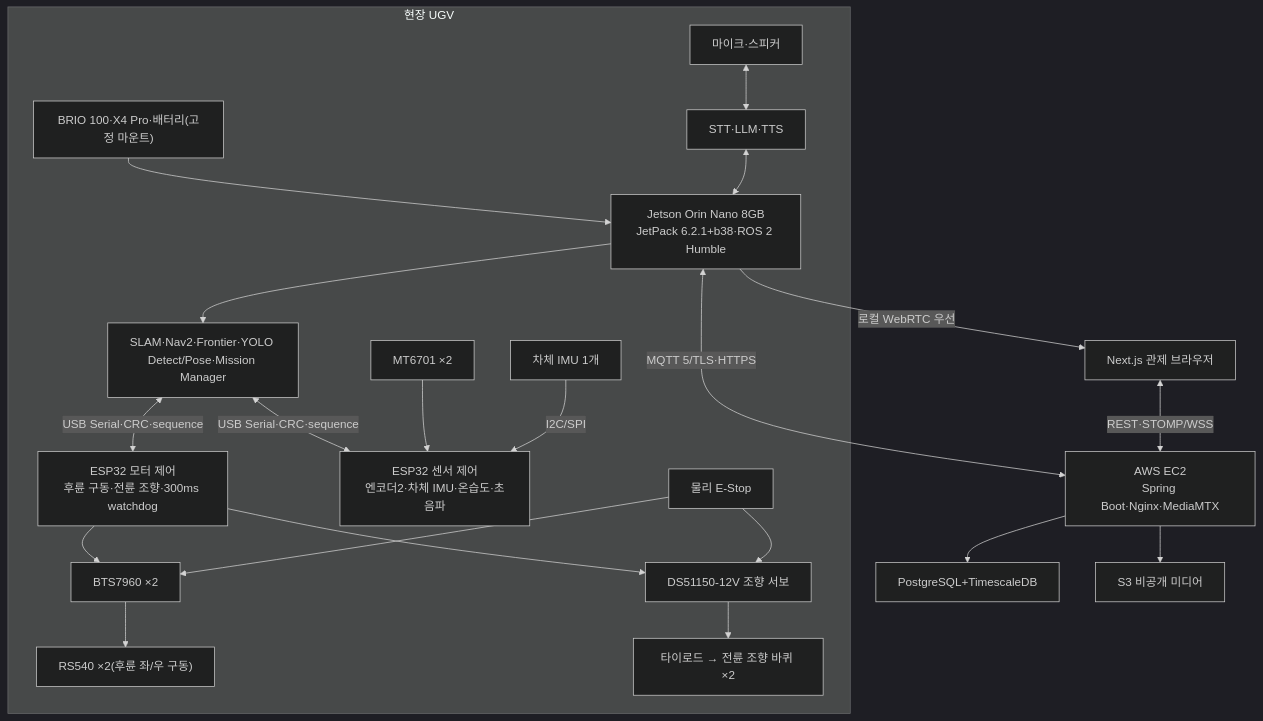
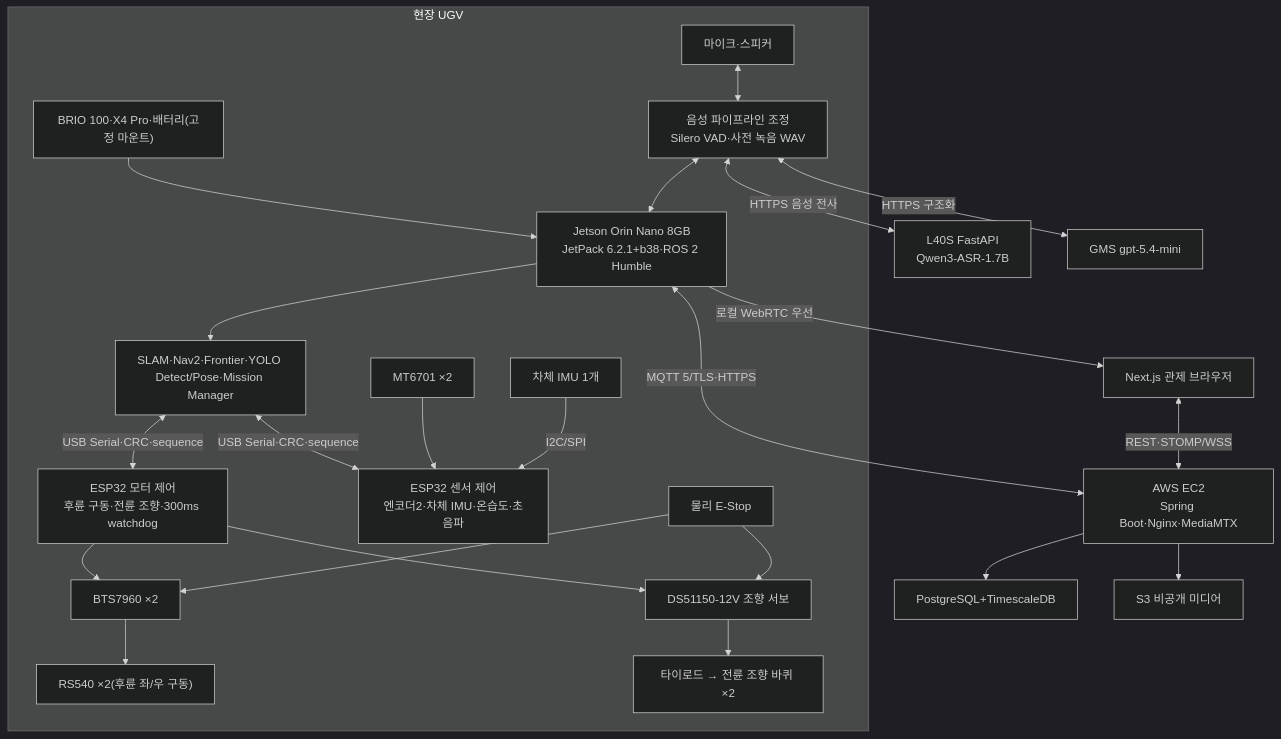
One commit to Common-AIOT/Sentinel-UGV changed the diagram in docs/01-프로젝트-개요.md. Above: the diagram before and after it, drawn with Mermaid (dark theme). The commit also changed other lines of this file and 2 other files, not shown here.

Commit message:
fix(docs): S15P11A301-354 음성 파이프라인·부록 요구사항 구식 표기 현행화

````diff
--- a/docs/01-프로젝트-개요.md
+++ b/docs/01-프로젝트-개요.md
@@ -176,24 +176,26 @@
 ```mermaid
 flowchart TB
     subgraph field["현장 UGV"]
         sensors["BRIO 100·X4 Pro·배터리(고정 마운트)"] --> jetson["Jetson Orin Nano 8GB\nJetPack 6.2.1+b38·ROS 2 Humble"]
         jetson --> autonomy["SLAM·Nav2·Frontier·YOLO Detect/Pose·Mission Manager"]
-        audio["마이크·스피커"] <--> voice["STT·LLM·TTS"]
+        audio["마이크·스피커"] <--> voice["음성 파이프라인 조정\nSilero VAD·사전 녹음 WAV"]
         voice <--> jetson
         autonomy <-->|"USB Serial·CRC·sequence"| esp32m["ESP32 모터 제어\n후륜 구동·전륜 조향·300ms watchdog"]
         autonomy <-->|"USB Serial·CRC·sequence"| esp32s["ESP32 센서 제어\n엔코더2·차체 IMU·온습도·초음파"]
         esp32m --> driver["BTS7960 ×2"]
         esp32m --> servo["DS51150-12V 조향 서보"]
         driver --> motors["RS540 ×2(후륜 좌/우 구동)"]
         servo --> front["타이로드 → 전륜 조향 바퀴 ×2"]
         estop["물리 E-Stop"] --> driver
         estop --> servo
         enc["MT6701 ×2"] --> esp32s
         imu["차체 IMU 1개"] -->|"I2C/SPI"| esp32s
     end
+    voice <-->|"HTTPS 음성 전사"| asr["L40S FastAPI\nQwen3-ASR-1.7B"]
+    voice <-->|"HTTPS 구조화"| gms["GMS gpt-5.4-mini"]
     jetson <-->|"MQTT 5/TLS·HTTPS"| cloud["AWS EC2\nSpring Boot·Nginx·MediaMTX"]
     cloud --> db["PostgreSQL+TimescaleDB"]
     cloud --> s3["S3 비공개 미디어"]
     browser["Next.js 관제 브라우저"] <-->|"REST·STOMP/WSS"| cloud
     jetson -->|"로컬 WebRTC 우선"| browser
 ```
````
